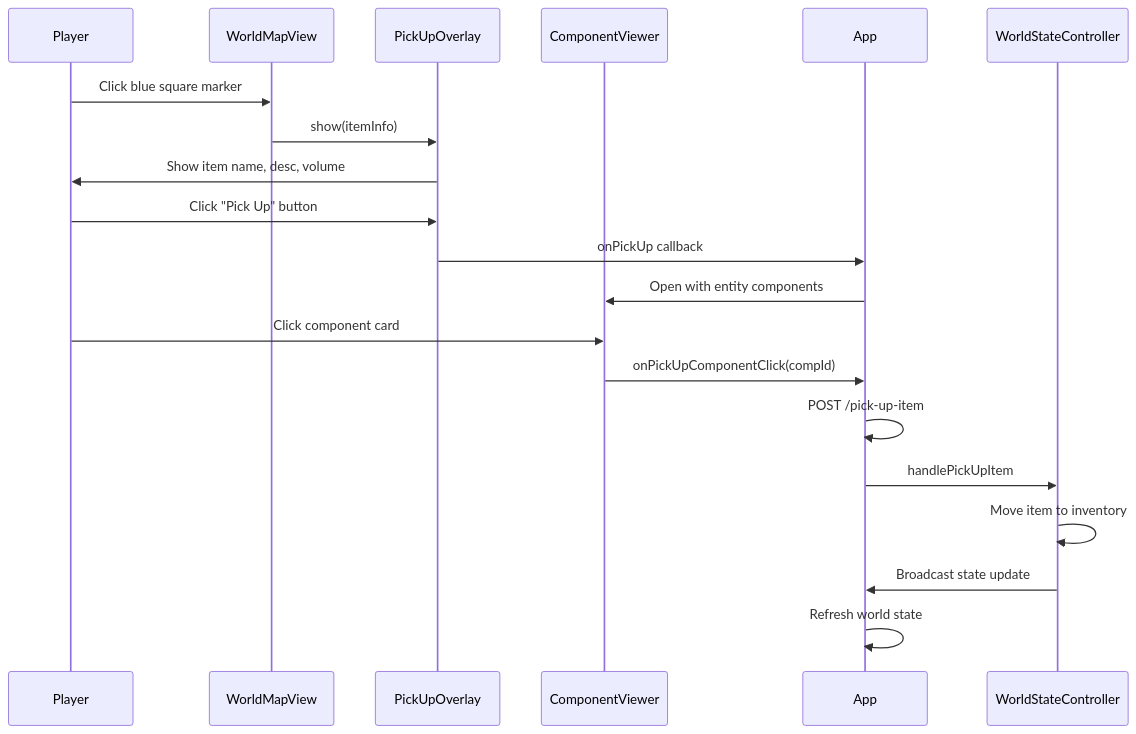
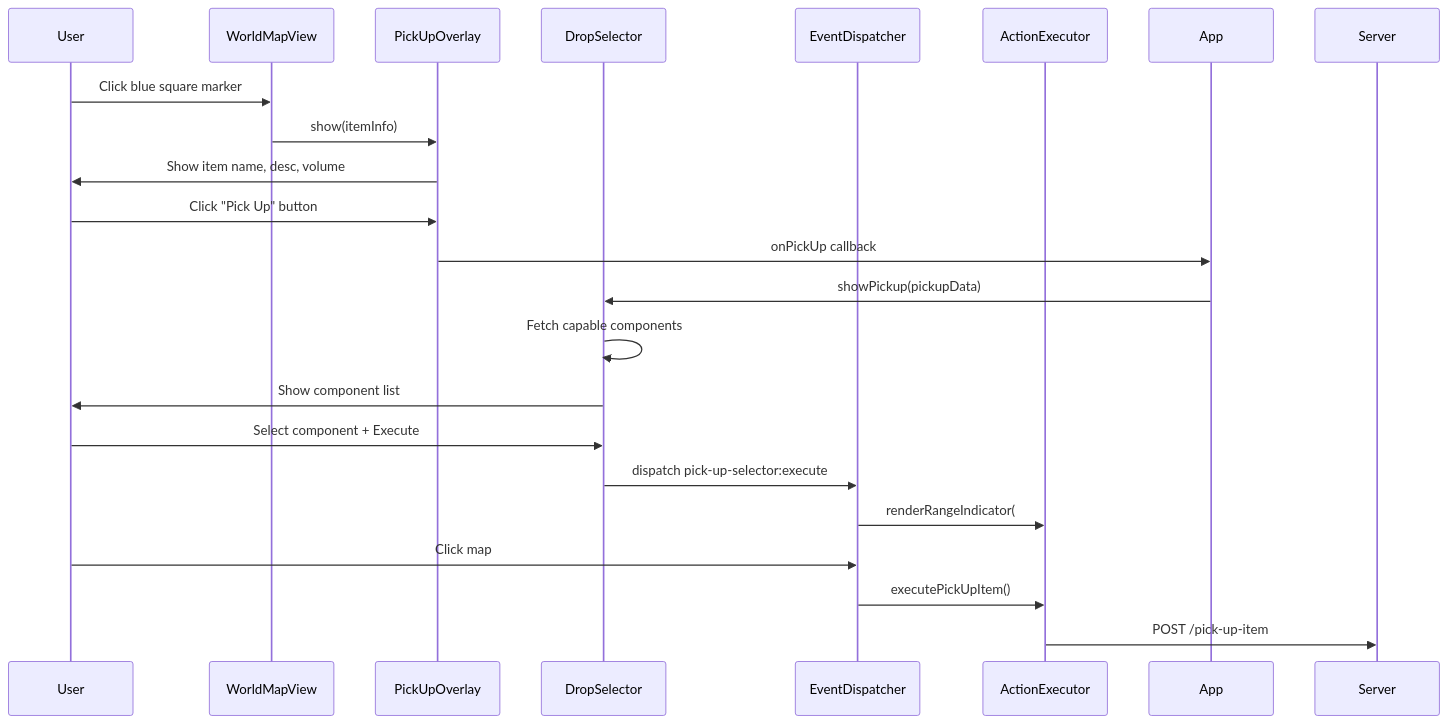
Before and after one commit to Rhuan-P-Dev/slopSimulacrum: the diagram in wiki/subMDs/systems/world_map_pickup.md, drawn with Mermaid. The commit also changed other lines of this file and 9 other files, not shown here.

First line of the commit message:
feat(client): implement complete pick-up item action flow

````diff
--- a/wiki/subMDs/systems/world_map_pickup.md
+++ b/wiki/subMDs/systems/world_map_pickup.md
@@ -48,22 +49,24 @@
 ```mermaid
 sequenceDiagram
-    participant Player
+    participant User
     participant WorldMapView
     participant PickUpOverlay
-    participant ComponentViewer
-    participant App
+    participant DropSelector
+    participant EventDispatcher
+    participant ActionExecutor
 
-    Player->>WorldMapView: Click blue square marker
+    User->>WorldMapView: Click blue square marker
     WorldMapView->>PickUpOverlay: show(itemInfo)
-    PickUpOverlay->>Player: Show item name, desc, volume
-    Player->>PickUpOverlay: Click "Pick Up" button
+    PickUpOverlay->>User: Show item name, desc, volume
+    User->>PickUpOverlay: Click "Pick Up" button
     PickUpOverlay->>App: onPickUp callback
-    App->>ComponentViewer: Open with entity components
-    Player->>ComponentViewer: Click component card
-    ComponentViewer->>App: onPickUpComponentClick(compId)
-    App->>App: POST /pick-up-item
-    App->>WorldStateController: handlePickUpItem
-    WorldStateController->>WorldStateController: Move item to inventory
-    WorldStateController->>App: Broadcast state update
-    App->>App: Refresh world state
+    App->>DropSelector: showPickup(pickupData)
+    DropSelector->>DropSelector: Fetch capable components
+    DropSelector->>User: Show component list
+    User->>DropSelector: Select component + Execute
+    DropSelector->>EventDispatcher: dispatch pick-up-selector:execute
+    EventDispatcher->>ActionExecutor: renderRangeIndicator(#44ff44)
+    User->>EventDispatcher: Click map
+    EventDispatcher->>ActionExecutor: executePickUpItem()
+    ActionExecutor->>Server: POST /pick-up-item
 ```
````
